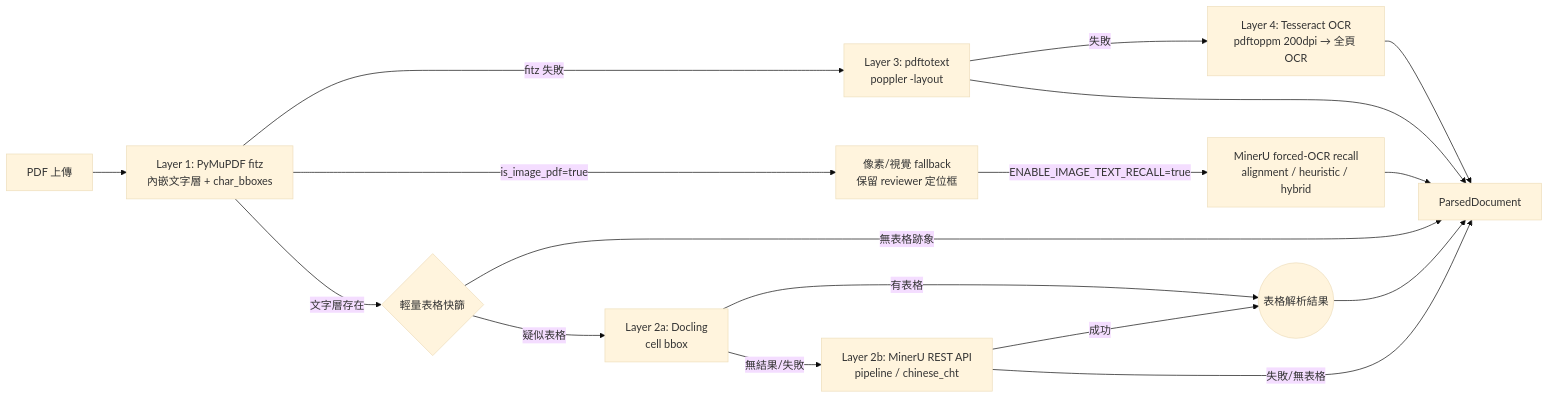
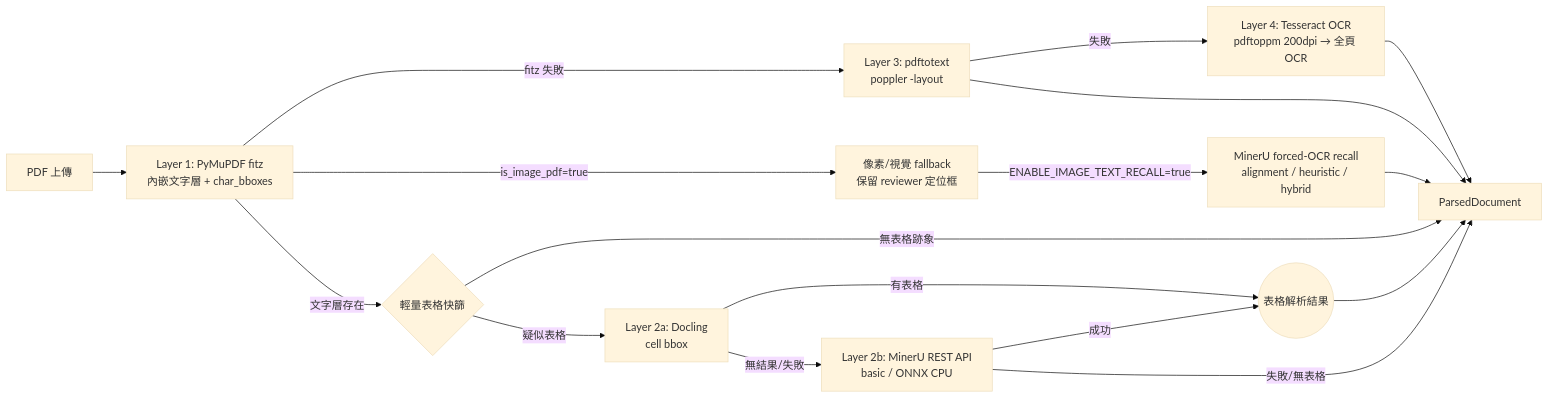
The second of 4 diagrams in docs/technical-architecture.md (a9181873/PDF_check_minerU), drawn with Mermaid (base theme) before and after one commit. The commit also changed other lines of this file and 20 other files, not shown here.

````diff
--- a/docs/technical-architecture.md
+++ b/docs/technical-architecture.md
@@ -218,19 +218,19 @@
 ```mermaid
 graph LR
     A[PDF 上傳] --> P[Layer 1: PyMuPDF fitz<br/>內嵌文字層 + char_bboxes]
     P -->|fitz 失敗| F[Layer 3: pdftotext<br/>poppler -layout]
     P -->|is_image_pdf=true| PIX[像素/視覺 fallback<br/>保留 reviewer 定位框]
     PIX -->|ENABLE_IMAGE_TEXT_RECALL=true| OCRR[MinerU forced-OCR recall<br/>alignment / heuristic / hybrid]
     P -->|文字層存在| Q{輕量表格快篩}
     Q -->|無表格跡象| H
     Q -->|疑似表格| E[Layer 2a: Docling<br/>cell bbox]
     E -->|有表格| W((表格解析結果))
-    E -->|無結果/失敗| C[Layer 2b: MinerU REST API<br/>pipeline / chinese_cht]
+    E -->|無結果/失敗| C[Layer 2b: MinerU REST API<br/>basic / ONNX CPU]
     C -->|成功| W
     C -->|失敗/無表格| H
     F -->|失敗| G[Layer 4: Tesseract OCR<br/>pdftoppm 200dpi → 全頁 OCR]
     OCRR --> H[ParsedDocument + recall candidates]
     W --> H[ParsedDocument]
     F --> H
     G --> H
 ```
````
